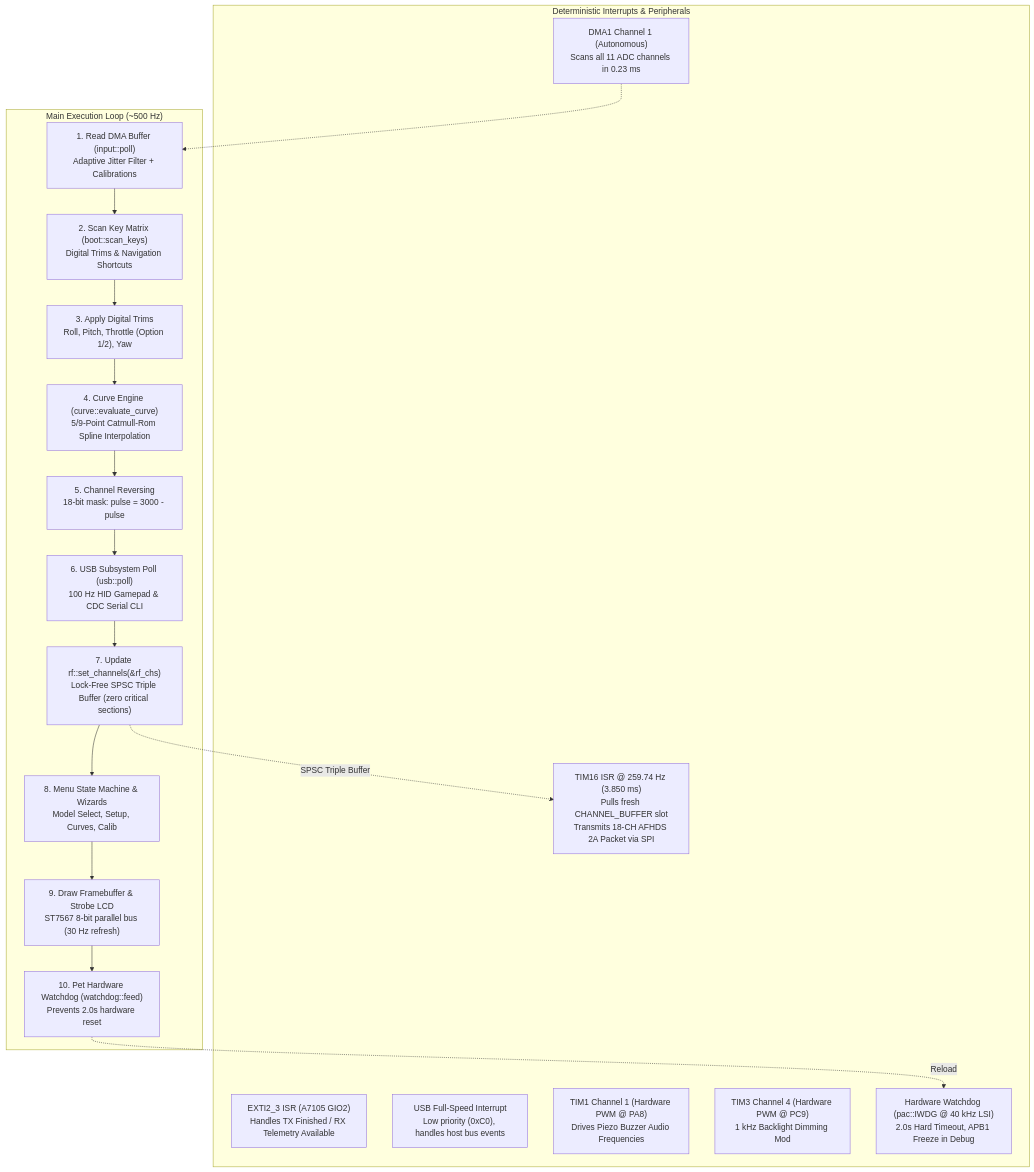
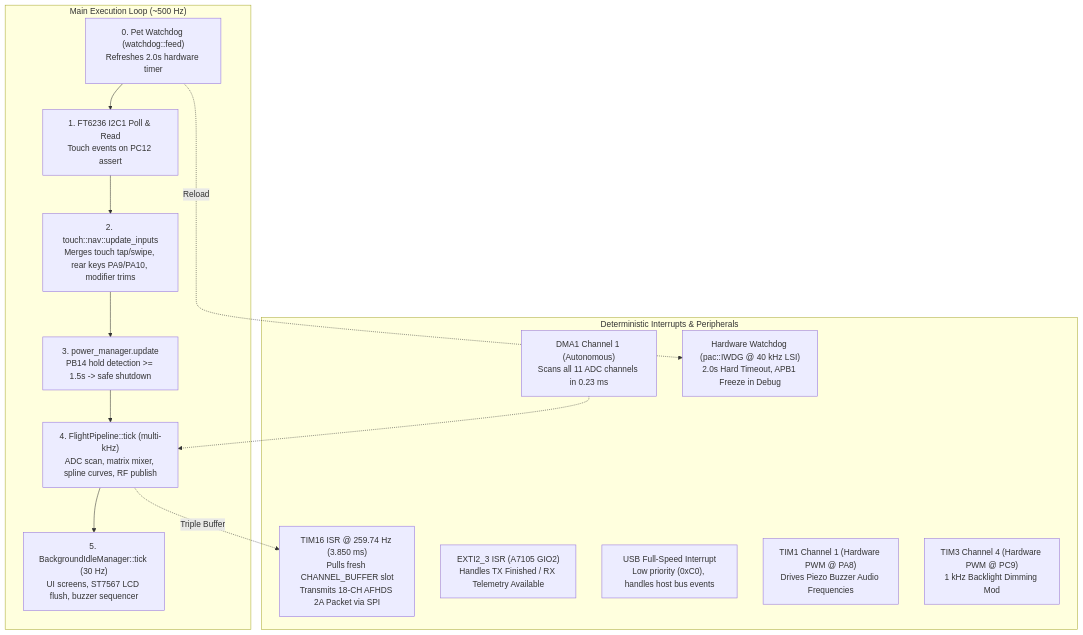
One commit to ferrox-rc/flysky-i6s-rs changed the first of 2 diagrams in docs/ARCHITECTURE.md. Above: the diagram before and after it, drawn with Mermaid. The commit also changed other lines of this file and 28 other files, not shown here.

````diff
--- a/docs/ARCHITECTURE.md
+++ b/docs/ARCHITECTURE.md
@@ -23,30 +23,26 @@
 ```mermaid
 flowchart TD
     subgraph Hardware_Timers ["Deterministic Interrupts & Peripherals"]
         TIM16["TIM16 ISR @ 259.74 Hz (3.850 ms)<br>Pulls fresh CHANNEL_BUFFER slot<br>Transmits 18-CH AFHDS 2A Packet via SPI"]
         EXTI["EXTI2_3 ISR (A7105 GIO2)<br>Handles TX Finished / RX Telemetry Available"]
         DMA["DMA1 Channel 1 (Autonomous)<br>Scans all 11 ADC channels in 0.23 ms"]
         USB_IRQ["USB Full-Speed Interrupt<br>Low priority (0xC0), handles host bus events"]
         PWM_Audio["TIM1 Channel 1 (Hardware PWM @ PA8)<br>Drives Piezo Buzzer Audio Frequencies"]
         PWM_BL["TIM3 Channel 4 (Hardware PWM @ PC9)<br>1 kHz Backlight Dimming Mod"]
         IWDG["Hardware Watchdog (pac::IWDG @ 40 kHz LSI)<br>2.0s Hard Timeout, APB1 Freeze in Debug"]
     end
 
     subgraph Main_Thread ["Main Execution Loop (~500 Hz)"]
-        ADC_Poll["1. Read DMA Buffer (input::poll)<br>Adaptive Jitter Filter + Calibrations"]
-        Keys["2. Scan Key Matrix (boot::scan_keys)<br>Digital Trims & Navigation Shortcuts"]
-        Trims["3. Apply Digital Trims<br>Roll, Pitch, Throttle (Option 1/2), Yaw"]
-        Curves["4. Curve Engine (curve::evaluate_curve)<br>5/9-Point Catmull-Rom Spline Interpolation"]
-        Rev["5. Channel Reversing<br>18-bit mask: pulse = 3000 - pulse"]
-        USB_Poll["6. USB Subsystem Poll (usb::poll)<br>100 Hz HID Gamepad & CDC Serial CLI"]
-        RF_Update["7. Update rf::set_channels(&rf_chs)<br>Lock-Free SPSC Triple Buffer (zero critical sections)"]
-        Menu_Router["8. Menu State Machine & Wizards<br>Model Select, Setup, Curves, Calib"]
-        LCD_Draw["9. Draw Framebuffer & Strobe LCD<br>ST7567 8-bit parallel bus (30 Hz refresh)"]
-        WDT_Feed["10. Pet Hardware Watchdog (watchdog::feed)<br>Prevents 2.0s hardware reset"]
+        WDT_Feed["0. Pet Watchdog (watchdog::feed)<br>Refreshes 2.0s hardware timer"]
+        Touch_Poll["1. FT6236 I2C1 Poll & Read<br>Touch events on PC12 assert"]
+        Nav_Update["2. touch::nav::update_inputs<br>Merges touch tap/swipe, rear keys PA9/PA10, modifier trims"]
+        Power_Tick["3. power_manager.update<br>PB14 hold detection >= 1.5s -> safe shutdown"]
+        Flight_Tick["4. FlightPipeline::tick (multi-kHz)<br>ADC scan, matrix mixer, spline curves, RF publish"]
+        Idle_Tick["5. BackgroundIdleManager::tick (30 Hz)<br>UI screens, ST7567 LCD flush, buzzer sequencer"]
     end
 
-    DMA -.-> ADC_Poll
-    ADC_Poll --> Keys --> Trims --> Curves --> Rev --> USB_Poll --> RF_Update --> Menu_Router --> LCD_Draw --> WDT_Feed
-    RF_Update -. SPSC Triple Buffer .-> TIM16
+    DMA -.-> Flight_Tick
+    WDT_Feed --> Touch_Poll --> Nav_Update --> Power_Tick --> Flight_Tick --> Idle_Tick
+    Flight_Tick -. Triple Buffer .-> TIM16
     WDT_Feed -. Reload .-> IWDG
 ```
````
